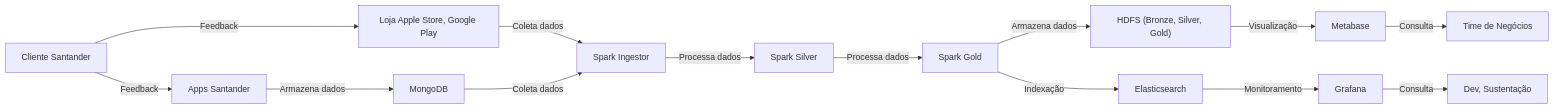
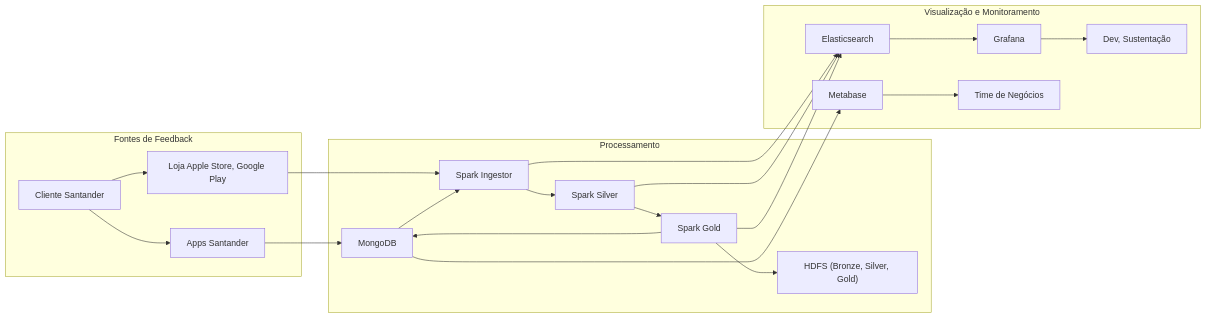
The second of 2 diagrams in README.md (gacarvalho/compass-deployment), drawn with Mermaid before and after one commit. The commit also changed other lines of this file, not shown here.

````diff
--- a/README.md
+++ b/README.md
@@ -97,17 +107,28 @@
 ```mermaid
 graph LR;
-    A[Cliente Santander] -->|Feedback| B[Apps Santander]
-    A -->|Feedback| C[Loja Apple Store, Google Play]
-    B -->|Armazena dados| D[MongoDB]
-    C -->|Coleta dados| E[Spark Ingestor]
-    D -->|Coleta dados| E[Spark Ingestor]
-    E -->|Processa dados| F[Spark Silver]
-    F -->|Processa dados| G[Spark Gold]
-    G -->|Armazena dados| H["HDFS (Bronze, Silver, Gold)"]
-    G -->|Indexação| I[Elasticsearch]
-    H -->|Visualização| J[Metabase]
-    I -->|Monitoramento| K[Grafana]
-    J -->|Consulta| L[Time de Negócios]
-    K -->|Consulta| M[Dev, Sustentação]
+    subgraph "Fontes de Feedback"
+        A[Cliente Santander] --> B[Apps Santander];
+        A --> C[Loja Apple Store, Google Play];
+    end
+
+    subgraph "Processamento"
+        B --> D[MongoDB];
+        C --> E[Spark Ingestor];
+        D --> E;
+        E --> F[Spark Silver];
+        F --> G[Spark Gold];
+        G --> H["HDFS (Bronze, Silver, Gold)"];
+    end
+
+    subgraph "Visualização e Monitoramento"
+        E --> I[Elasticsearch];
+        F --> I[Elasticsearch];
+        G --> I[Elasticsearch];
+        D --> J[Metabase];
+        G --> D;
+        I --> K[Grafana];
+        J --> L[Time de Negócios];
+        K --> M[Dev, Sustentação];
+    end
 
 ```
````
